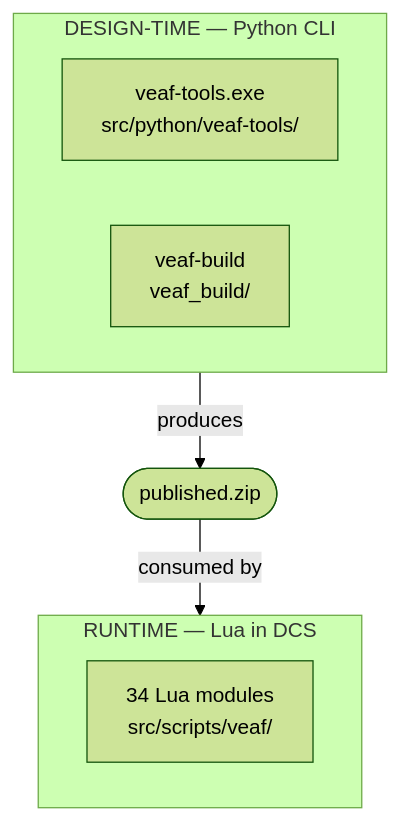
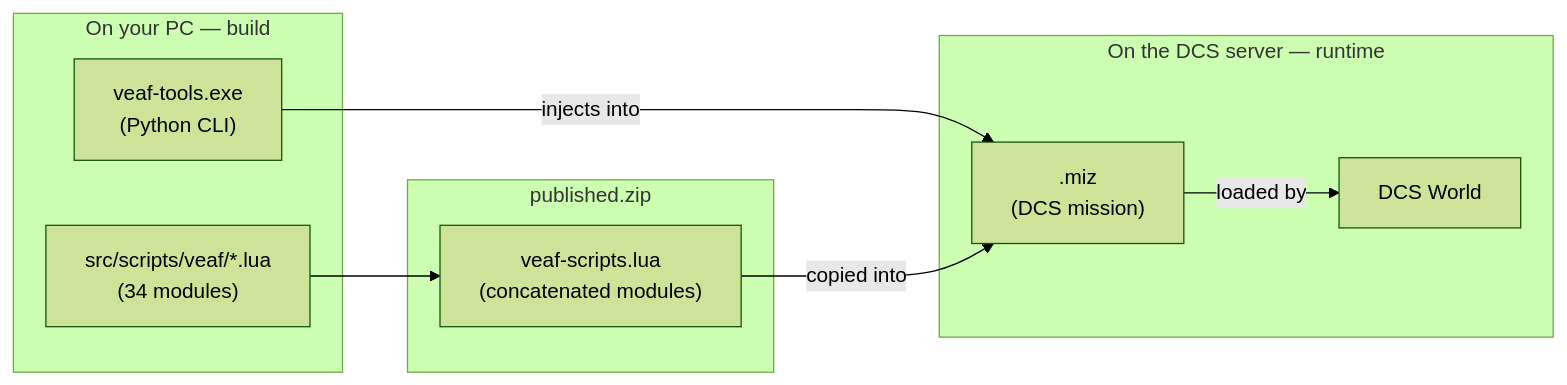
The diagram in doc/developer/README.en.md (VEAF/VEAF-Mission-Creation-Tools), drawn with Mermaid (forest theme) before and after one commit. The commit also changed other lines of this file and 1 other file, not shown here.

````diff
--- a/doc/developer/README.en.md
+++ b/doc/developer/README.en.md
@@ -31,12 +25,18 @@
 ```mermaid
-flowchart TD
-    subgraph RT["RUNTIME — Lua in DCS"]
-        scripts["34 Lua modules<br/>src/scripts/veaf/"]
+flowchart LR
+    subgraph DT["On your PC — build"]
+        lua["src/scripts/veaf/*.lua<br/>(34 modules)"]
+        py["veaf-tools.exe<br/>(Python CLI)"]
     end
-    subgraph DT["DESIGN-TIME — Python CLI"]
-        tools["veaf-tools.exe<br/>src/python/veaf-tools/"]
-        build["veaf-build<br/>veaf_build/"]
+    subgraph zip["published.zip"]
+        bundle["veaf-scripts.lua<br/>(concatenated modules)"]
     end
-    DT -->|produces| zip(["published.zip"])
-    zip -->|consumed by| RT
+    subgraph RT["On the DCS server — runtime"]
+        mission[".miz\n(DCS mission)"]
+        dcs["DCS World"]
+    end
+    lua --> bundle
+    py -->|injects into| mission
+    bundle -->|copied into| mission
+    mission -->|loaded by| dcs
 ```
````
